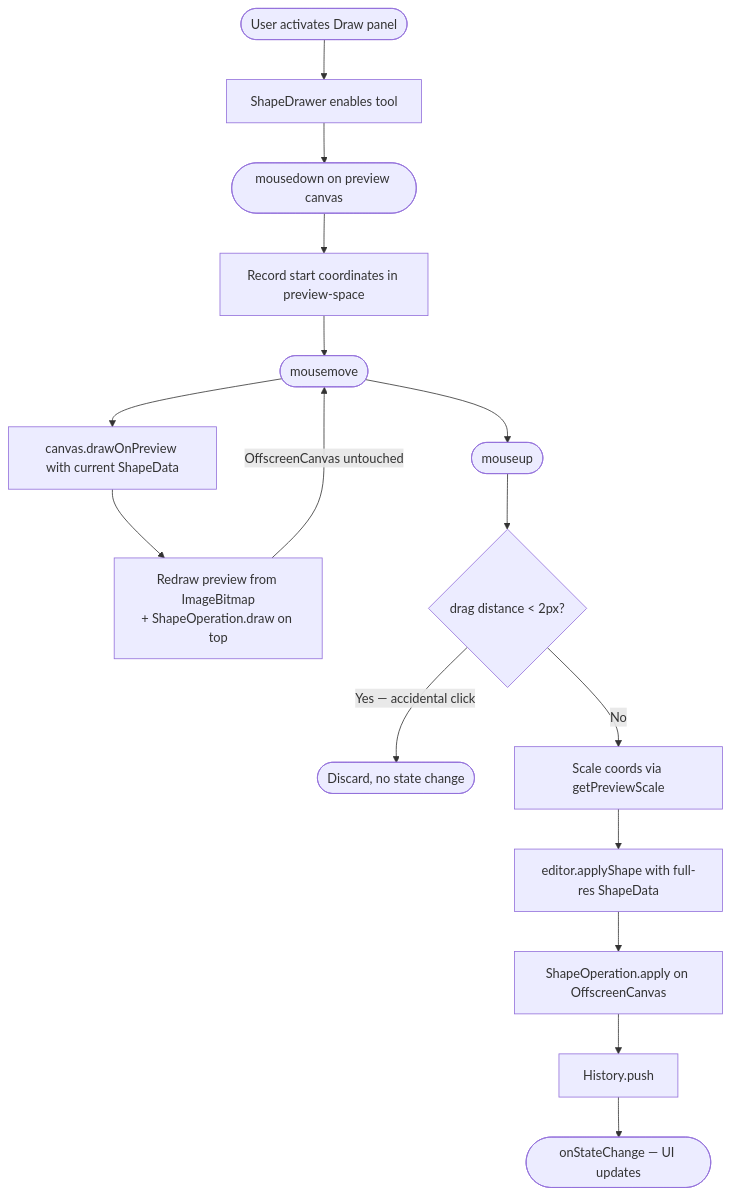
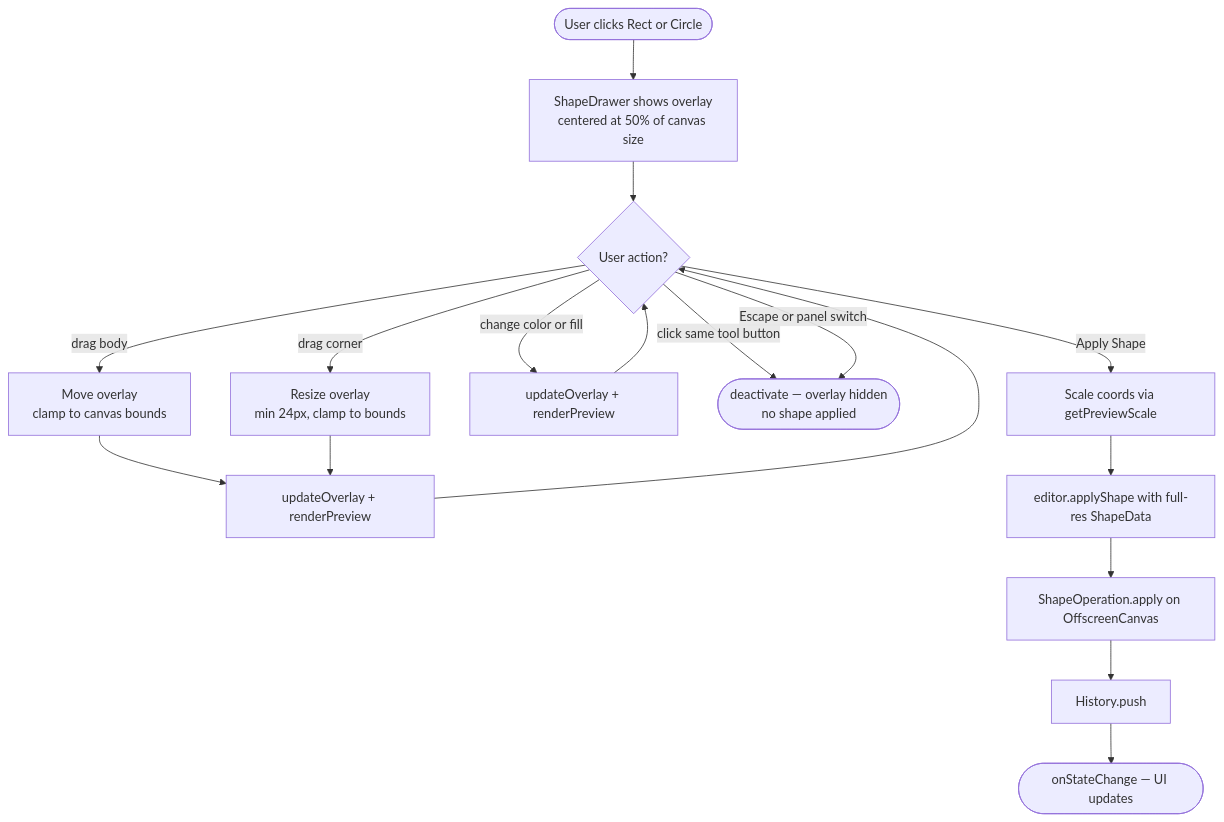
One commit to joseiedo/vibe-photo-editor changed the fifth of 6 diagrams in ARCHITECTURE.md. Above: the diagram before and after it, drawn with Mermaid. The commit also changed other lines of this file and 2 other files, not shown here.

Commit message:
docs: add dog.jpg to public and display it in README

````diff
--- a/ARCHITECTURE.md
+++ b/ARCHITECTURE.md
@@ -352,18 +352,19 @@
 ```mermaid
 flowchart TD
-    A([User activates Draw panel]) --> B[ShapeDrawer enables tool]
-    B --> C([mousedown on preview canvas])
-    C --> D[Record start coordinates in preview-space]
-    D --> E([mousemove])
-    E --> F[canvas.drawOnPreview with current ShapeData]
-    F --> G[Redraw preview from ImageBitmap\n+ ShapeOperation.draw on top]
-    G -->|OffscreenCanvas untouched| E
-    E --> H([mouseup])
-    H --> I{drag distance < 2px?}
-    I -->|Yes — accidental click| J([Discard, no state change])
-    I -->|No| K[Scale coords via getPreviewScale]
-    K --> L[editor.applyShape with full-res ShapeData]
-    L --> M[ShapeOperation.apply on OffscreenCanvas]
-    M --> N[History.push]
-    N --> O([onStateChange — UI updates])
+    A([User clicks Rect or Circle]) --> B[ShapeDrawer shows overlay\ncentered at 50% of canvas size]
+    B --> C{User action?}
+    C -->|drag body| D[Move overlay\nclamp to canvas bounds]
+    C -->|drag corner| E[Resize overlay\nmin 24px, clamp to bounds]
+    C -->|change color or fill| F[updateOverlay + renderPreview]
+    C -->|click same tool button| G([deactivate — overlay hidden\nno shape applied])
+    C -->|Escape or panel switch| G
+    D --> H[updateOverlay + renderPreview]
+    E --> H
+    F --> C
+    H --> C
+    C -->|Apply Shape| I[Scale coords via getPreviewScale]
+    I --> J[editor.applyShape with full-res ShapeData]
+    J --> K[ShapeOperation.apply on OffscreenCanvas]
+    K --> L[History.push]
+    L --> M([onStateChange — UI updates])
 ```
````
